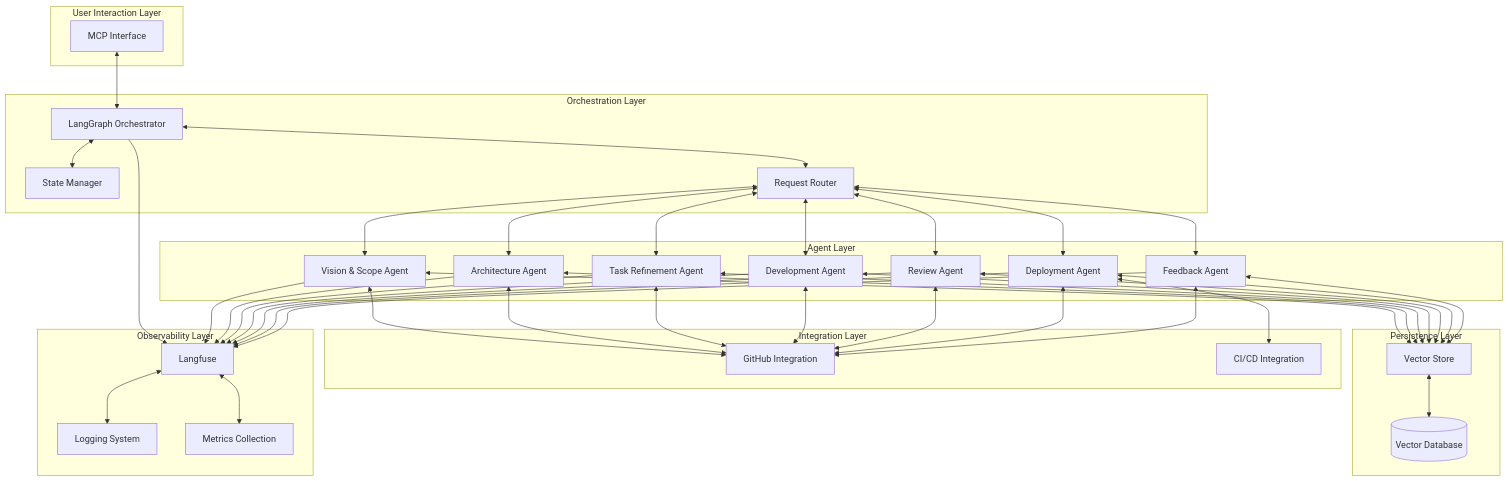
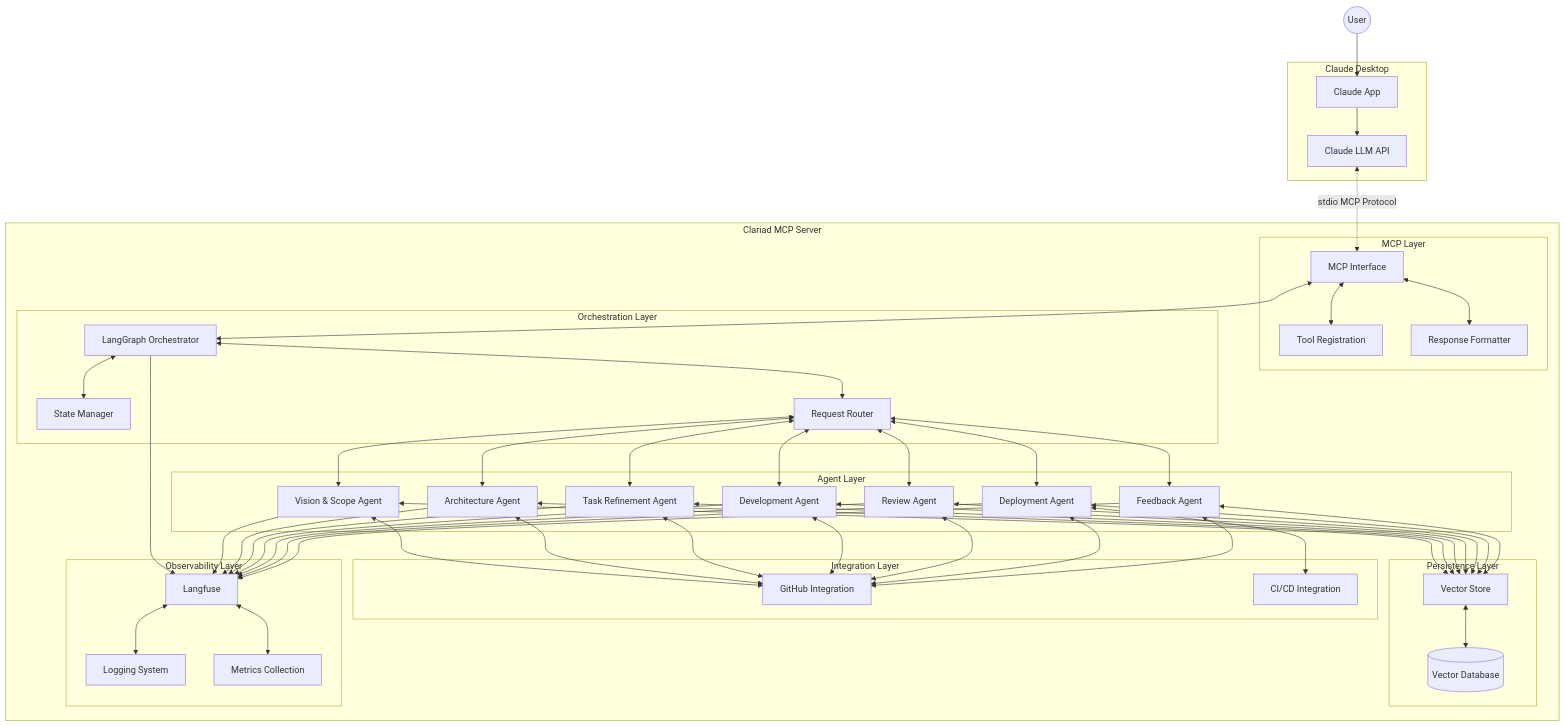
The second of 2 diagrams in docs/Architecture.md (unterrichtdaniel/clariad), drawn with Mermaid before and after one commit. The commit also changed other lines of this file and 12 other files, not shown here.

````diff
--- a/docs/Architecture.md
+++ b/docs/Architecture.md
@@ -248,41 +260,57 @@
 ```mermaid
 flowchart TB
-    subgraph "User Interaction Layer"
-        MCP[MCP Interface]
+    User((User))
+    
+    subgraph "Claude Desktop"
+        CD[Claude App]
+        LLM[Claude LLM API]
     end
-
-    subgraph "Orchestration Layer"
-        LG[LangGraph Orchestrator]
-        SM[State Manager]
-        Router[Request Router]
+    
+    subgraph "Clariad MCP Server"
+        subgraph "MCP Layer"
+            MCP[MCP Interface]
+            Tools[Tool Registration]
+            ResponseHandler[Response Formatter]
+        end
+        
+        subgraph "Orchestration Layer"
+            LG[LangGraph Orchestrator]
+            SM[State Manager]
+            Router[Request Router]
+        end
+        
+        subgraph "Agent Layer"
+            VA[Vision & Scope Agent]
+            AA[Architecture Agent]
+            TA[Task Refinement Agent]
+            DA[Development Agent]
+            RA[Review Agent]
+            DPA[Deployment Agent]
+            FA[Feedback Agent]
+        end
+        
+        subgraph "Persistence Layer"
+            VDB[(Vector Database)]
+            VStore[Vector Store]
+        end
+        
+        subgraph "Integration Layer"
+            GH[GitHub Integration]
+            CICD[CI/CD Integration]
+        end
+        
+        subgraph "Observability Layer"
+            LF[Langfuse]
+            Logger[Logging System]
+            Metrics[Metrics Collection]
+        end
     end
-
-    subgraph "Agent Layer"
-        VA[Vision & Scope Agent]
-        AA[Architecture Agent]
-        TA[Task Refinement Agent]
-        DA[Development Agent]
-        RA[Review Agent]
-        DPA[Deployment Agent]
-        FA[Feedback Agent]
-    end
-
-    subgraph "Persistence Layer"
-        VDB[(Vector Database)]
-        VStore[Vector Store]
-    end
-
-    subgraph "Integration Layer"
-        GH[GitHub Integration]
-        CICD[CI/CD Integration]
-    end
-
-    subgraph "Observability Layer"
-        LF[Langfuse]
-        Logger[Logging System]
-        Metrics[Metrics Collection]
-    end
-
+    
+    User --> CD
+    CD --> LLM
+    LLM <-.->|stdio MCP Protocol| MCP
+    MCP <--> Tools
+    MCP <--> ResponseHandler
     MCP <--> LG
     LG <--> SM
     LG <--> Router
````
